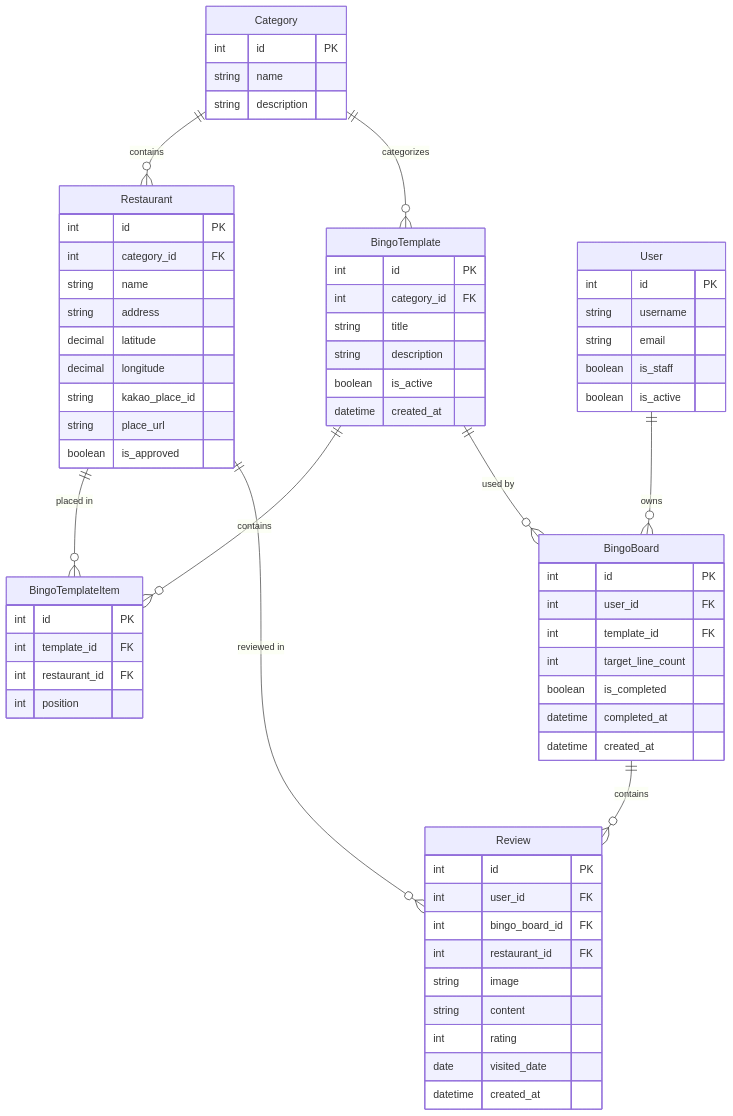
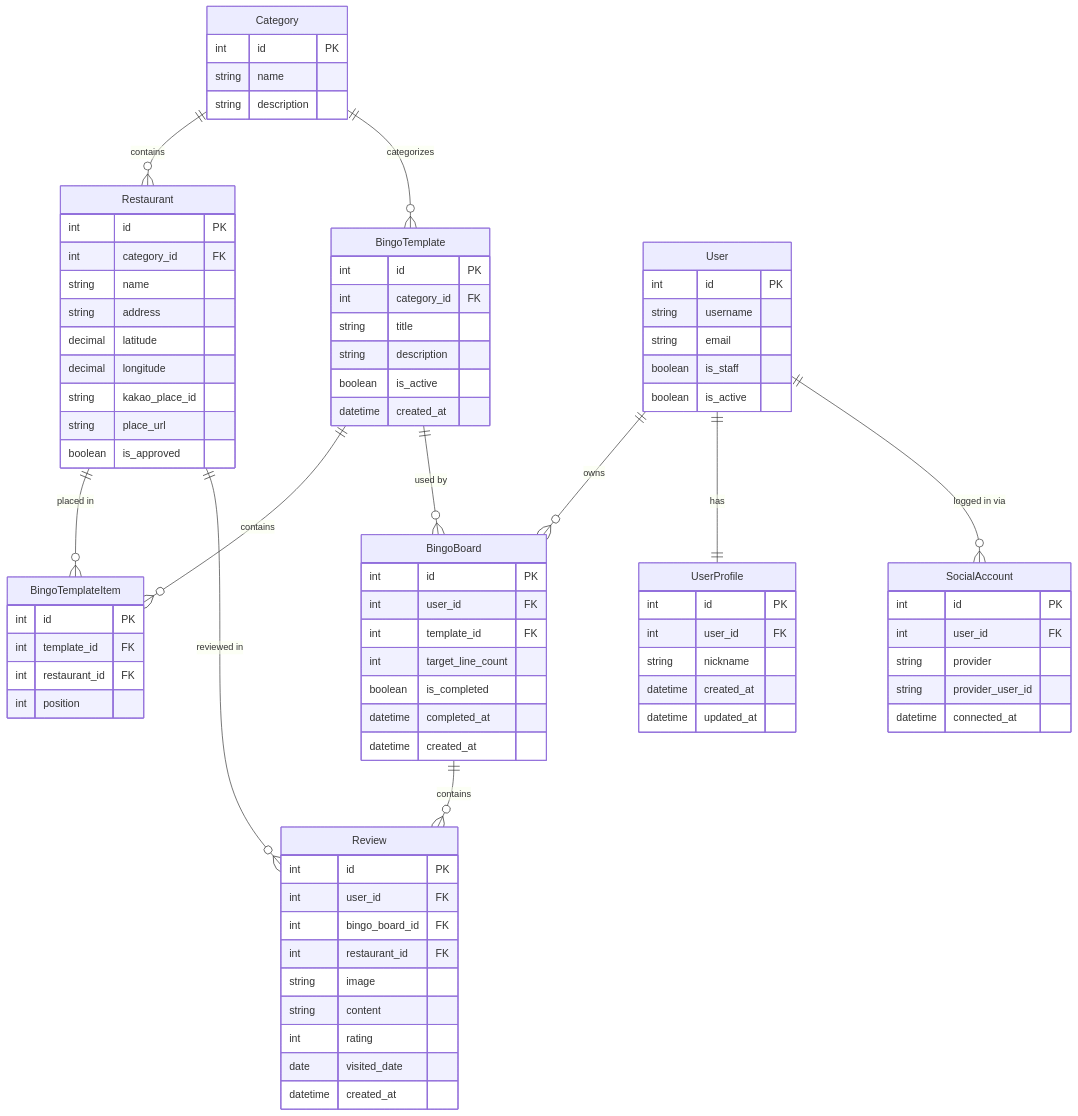
The third of 3 diagrams in PRD.md (diego-choi/delicious-bingo), drawn with Mermaid before and after one commit. The commit also changed other lines of this file and 26 other files, not shown here.

```diff
--- a/PRD.md
+++ b/PRD.md
@@ -172,6 +172,8 @@
     BingoTemplate ||--o{ BingoTemplateItem : contains
     BingoTemplate ||--o{ BingoBoard : "used by"
     User ||--o{ BingoBoard : owns
+    User ||--|| UserProfile : has
+    User ||--o{ SocialAccount : "logged in via"
     BingoBoard ||--o{ Review : contains
     Restaurant ||--o{ Review : "reviewed in"
 
@@ -217,6 +219,22 @@
         boolean is_active
     }
 
+    UserProfile {
+        int id PK
+        int user_id FK
+        string nickname
+        datetime created_at
+        datetime updated_at
+    }
+
+    SocialAccount {
+        int id PK
+        int user_id FK
+        string provider
+        string provider_user_id
+        datetime connected_at
+    }
+
     BingoBoard {
         int id PK
         int user_id FK
```
